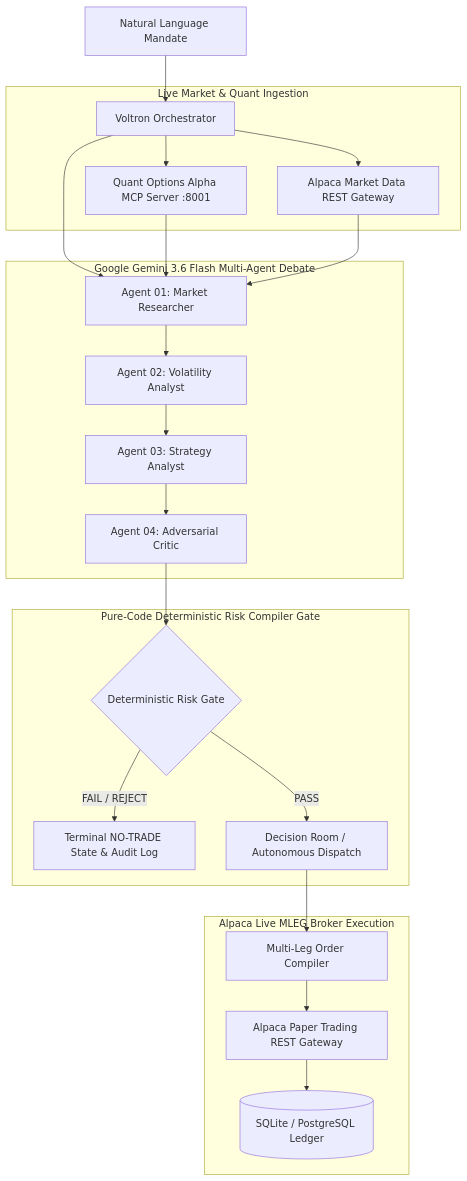
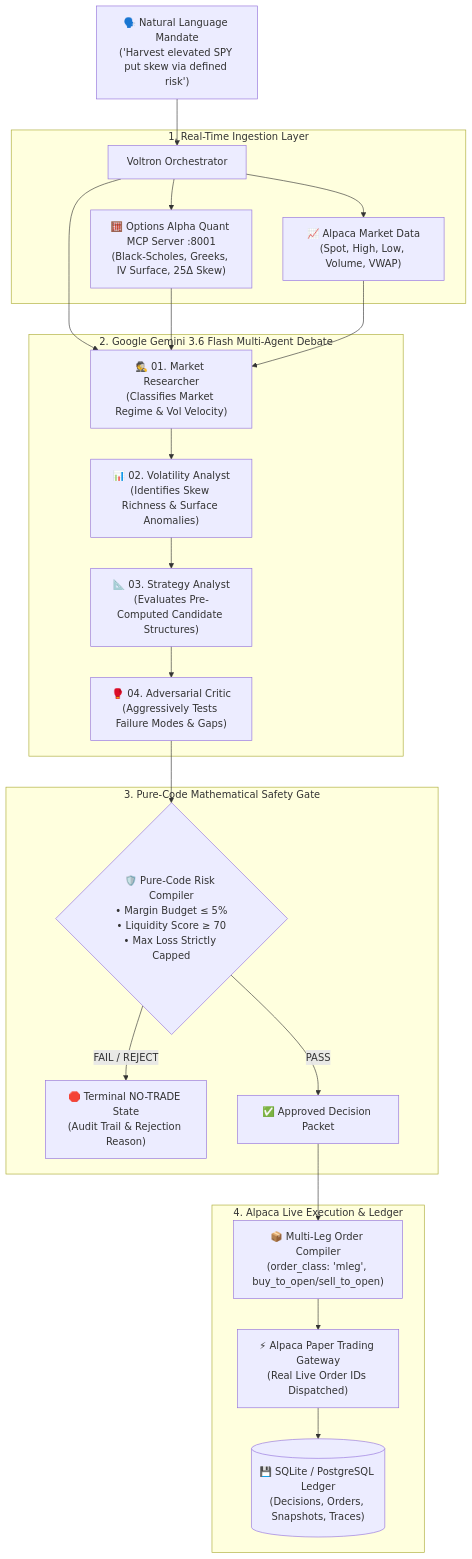
Before and after one commit to anishraj836/AlpecaAITradathon: the diagram in README.md, drawn with Mermaid. The commit also changed other lines of this file, not shown here.

Commit message:
docs: enrich README with executive summary, judge rubric mapping, visual feature tour, and architecture walkthrough

````diff
--- a/README.md
+++ b/README.md
@@ -13,31 +48,31 @@
 ```mermaid
 flowchart TD
-    A[Natural Language Mandate] --> B[Voltron Orchestrator]
+    A["🗣️ Natural Language Mandate\n('Harvest elevated SPY put skew via defined risk')"] --> B[Voltron Orchestrator]
     
-    subgraph MarketDataLayer [Live Market & Quant Ingestion]
-        B --> C[Alpaca Market Data REST Gateway]
-        B --> D[Quant Options Alpha MCP Server :8001]
+    subgraph MarketDataLayer [1. Real-Time Ingestion Layer]
+        B --> C["📈 Alpaca Market Data\n(Spot, High, Low, Volume, VWAP)"]
+        B --> D["🧮 Options Alpha Quant MCP Server :8001\n(Black-Scholes, Greeks, IV Surface, 25Δ Skew)"]
     end
     
-    subgraph GeminiAgentPipeline [Google Gemini 3.6 Flash Multi-Agent Debate]
-        E[Agent 01: Market Researcher] --> F[Agent 02: Volatility Analyst]
-        F --> G[Agent 03: Strategy Analyst]
-        G --> H[Agent 04: Adversarial Critic]
+    subgraph GeminiAgentPipeline [2. Google Gemini 3.6 Flash Multi-Agent Debate]
+        E["🕵️ 01. Market Researcher\n(Classifies Market Regime & Vol Velocity)"] --> F["📊 02. Volatility Analyst\n(Identifies Skew Richness & Surface Anomalies)"]
+        F --> G["📐 03. Strategy Analyst\n(Evaluates Pre-Computed Candidate Structures)"]
+        G --> H["🥊 04. Adversarial Critic\n(Aggressively Tests Failure Modes & Gaps)"]
     end
     
-    subgraph DeterministicGate [Pure-Code Deterministic Risk Compiler Gate]
-        H --> I{Deterministic Risk Gate}
-        I -- FAIL / REJECT --> K[Terminal NO-TRADE State & Audit Log]
-        I -- PASS --> J[Decision Room / Autonomous Dispatch]
+    subgraph DeterministicGate [3. Pure-Code Mathematical Safety Gate]
+        H --> I{"🛡️ Pure-Code Risk Compiler\n• Margin Budget ≤ 5%\n• Liquidity Score ≥ 70\n• Max Loss Strictly Capped"}
+        I -- FAIL / REJECT --> K["🛑 Terminal NO-TRADE State\n(Audit Trail & Rejection Reason)"]
+        I -- PASS --> J["✅ Approved Decision Packet"]
     end
     
-    subgraph ExecutionLayer [Alpaca Live MLEG Broker Execution]
-        J --> L[Multi-Leg Order Compiler]
-        L --> M[Alpaca Paper Trading REST Gateway]
-        M --> N[(SQLite / PostgreSQL Ledger)]
+    subgraph ExecutionLayer [4. Alpaca Live Execution & Ledger]
+        J --> L["📦 Multi-Leg Order Compiler\n(order_class: 'mleg', buy_to_open/sell_to_open)"]
+        L --> M["⚡ Alpaca Paper Trading Gateway\n(Real Live Order IDs Dispatched)"]
+        M --> N[("💾 SQLite / PostgreSQL Ledger\n(Decisions, Orders, Snapshots, Traces)")]
     end
     
     B --> E
     D --> E
     C --> E
 ```
````
